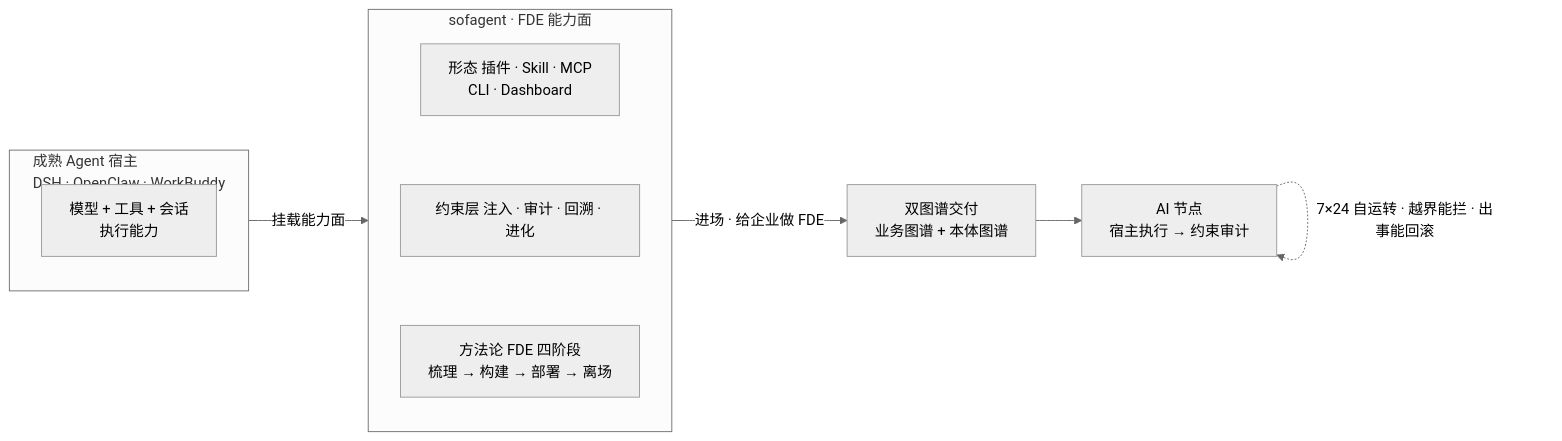
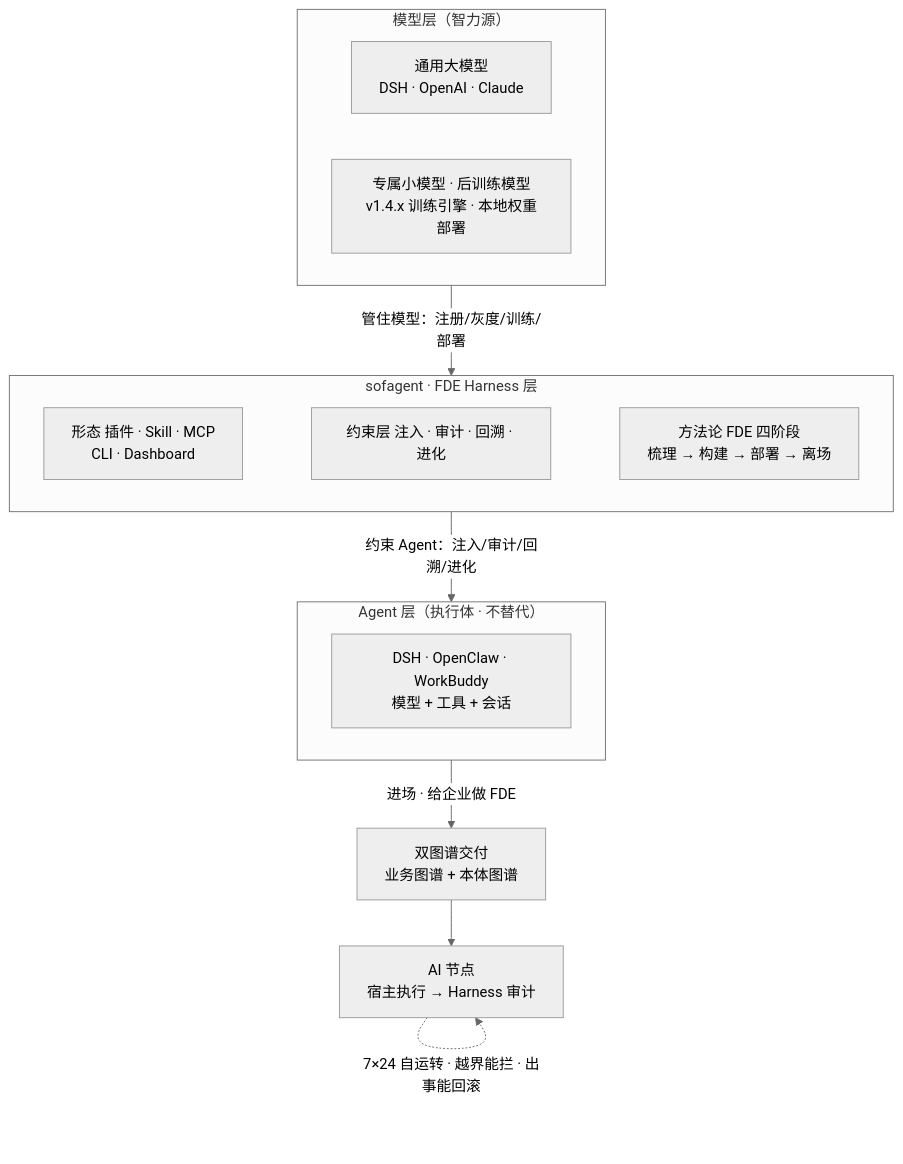
The first of 2 diagrams in README.md (KongFangXun/sofagent), drawn with Mermaid (neutral theme) before and after one commit. The commit also changed other lines of this file and 6 other files, not shown here.

First line of the commit message:
docs(叙事): 全站统一「FDE Harness 层」——夹在 Agent 与模型之间做治理

````diff
--- a/README.md
+++ b/README.md
@@ -44,17 +44,22 @@
 ```mermaid
-graph LR
-    subgraph H["成熟 Agent 宿主<br/>DSH · OpenClaw · WorkBuddy"]
-        M["模型 + 工具 + 会话<br/>执行能力"]
+graph TB
+    subgraph M["模型层（智力源）"]
+        M1["通用大模型<br/>DSH · OpenAI · Claude"]
+        M2["专属小模型 · 后训练模型<br/>v1.4.x 训练引擎 · 本地权重部署"]
     end
-    subgraph S["sofagent · FDE 能力面"]
-        direction TB
+    subgraph H["sofagent · FDE Harness 层"]
+        direction LR
         P["形态 插件 · Skill · MCP<br/>CLI · Dashboard"]
         C["约束层 注入 · 审计 · 回溯 · 进化"]
         F["方法论 FDE 四阶段<br/>梳理 → 构建 → 部署 → 离场"]
         P ~~~ C ~~~ F
     end
-    H -->|"挂载能力面"| S
-    S -->|"进场 · 给企业做 FDE"| D["双图谱交付<br/>业务图谱 + 本体图谱"]
-    D --> N["AI 节点<br/>宿主执行 → 约束审计"]
+    subgraph A["Agent 层（执行体 · 不替代）"]
+        A1["DSH · OpenClaw · WorkBuddy<br/>模型 + 工具 + 会话"]
+    end
+    M -->|"管住模型：注册/灰度/训练/部署"| H
+    H -->|"约束 Agent：注入/审计/回溯/进化"| A
+    A -->|"进场 · 给企业做 FDE"| D["双图谱交付<br/>业务图谱 + 本体图谱"]
+    D --> N["AI 节点<br/>宿主执行 → Harness 审计"]
     N -.->|"7×24 自运转 · 越界能拦 · 出事能回滚"| N
 ```
````
